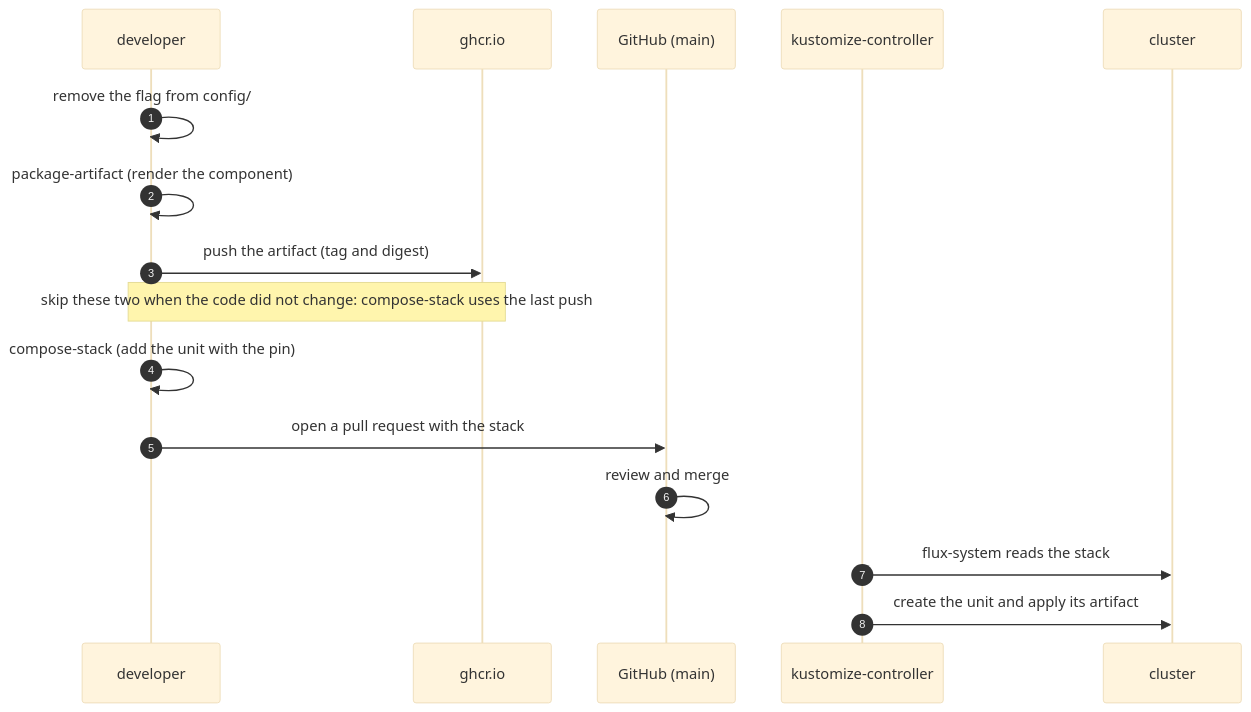
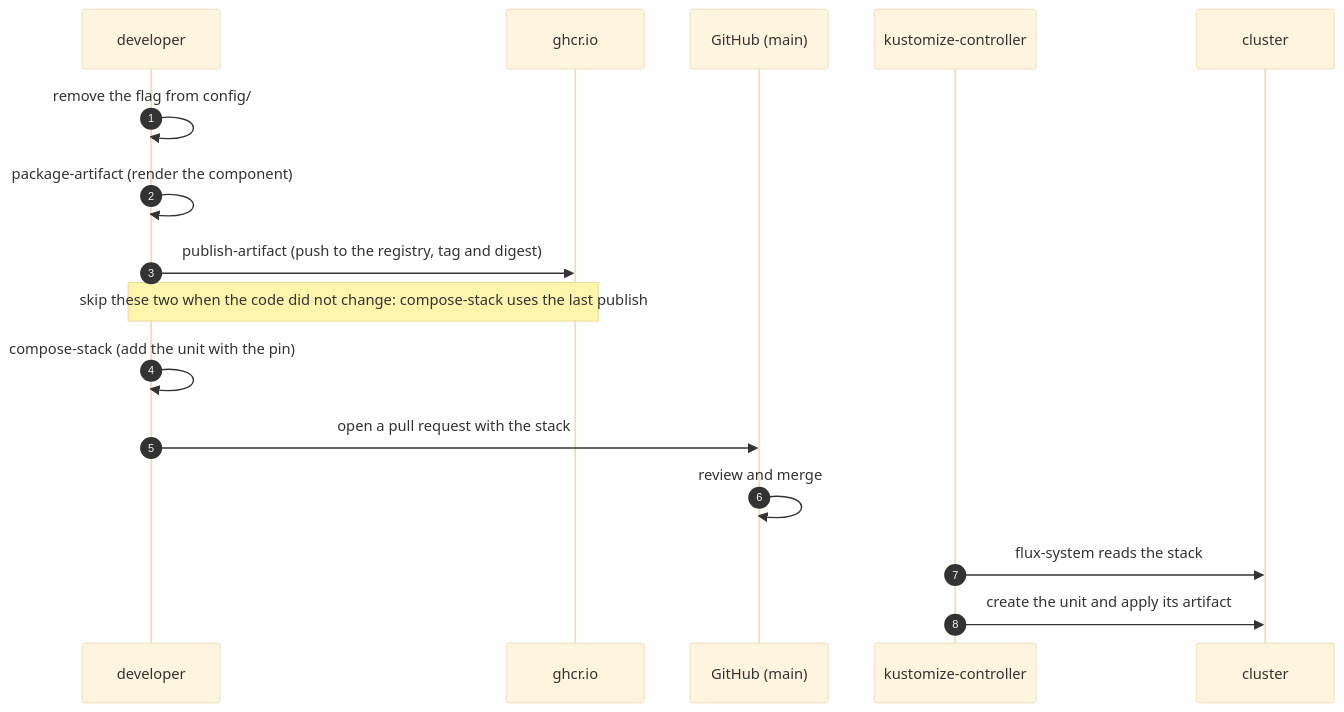
One commit to raghav19/engineersdaybook changed the fourth of 4 diagrams in code/mcp-sandbox/part-3-mcp-guardrails/docs/orchestration.md. Above: the diagram before and after it, drawn with Mermaid (base theme). The commit also changed other lines of this file and 10 other files, not shown here.

First line of the commit message:
Rename push to publish-artifact

````diff
--- a/code/mcp-sandbox/part-3-mcp-guardrails/docs/orchestration.md
+++ b/code/mcp-sandbox/part-3-mcp-guardrails/docs/orchestration.md
@@ -113,19 +113,19 @@
 ```mermaid
 sequenceDiagram
     autonumber
     participant D as developer
     participant R as ghcr.io
     participant G as GitHub (main)
     participant C as kustomize-controller
     participant K as cluster
 
     D->>D: remove the flag from config/
     D->>D: package-artifact (render the component)
-    D->>R: push the artifact (tag and digest)
-    Note over D,R: skip these two when the code did not change: compose-stack uses the last push
+    D->>R: publish-artifact (push to the registry, tag and digest)
+    Note over D,R: skip these two when the code did not change: compose-stack uses the last publish
     D->>D: compose-stack (add the unit with the pin)
     D->>G: open a pull request with the stack
     G->>G: review and merge
     C->>K: flux-system reads the stack
     C->>K: create the unit and apply its artifact
 ```
````
